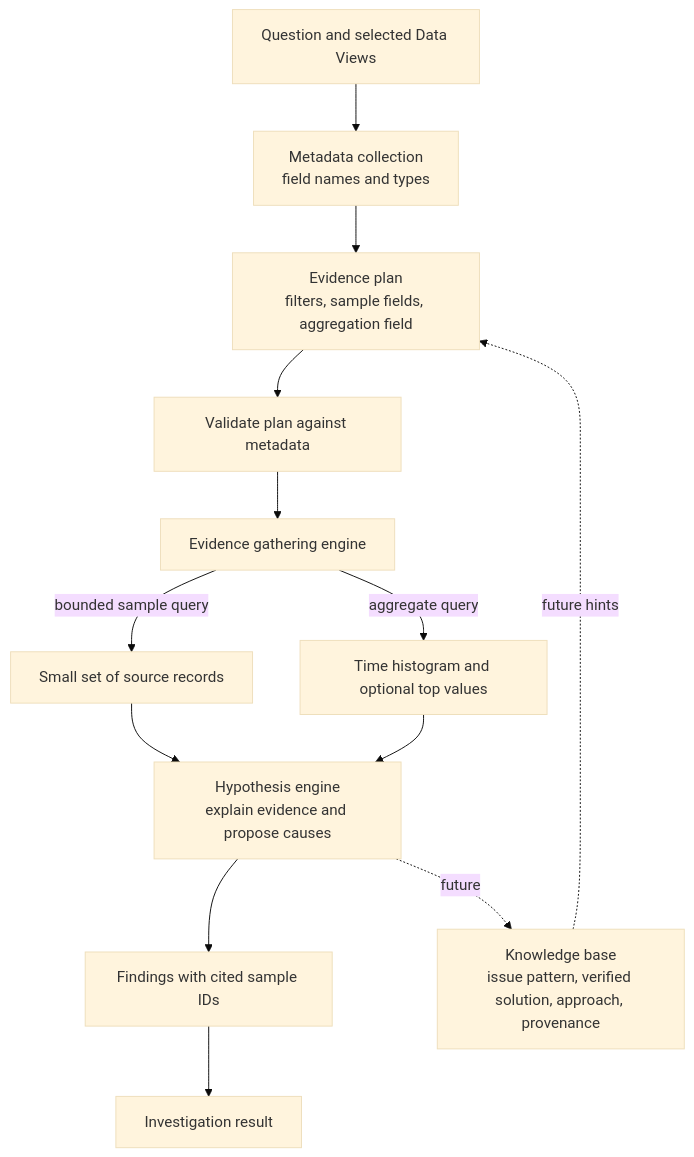
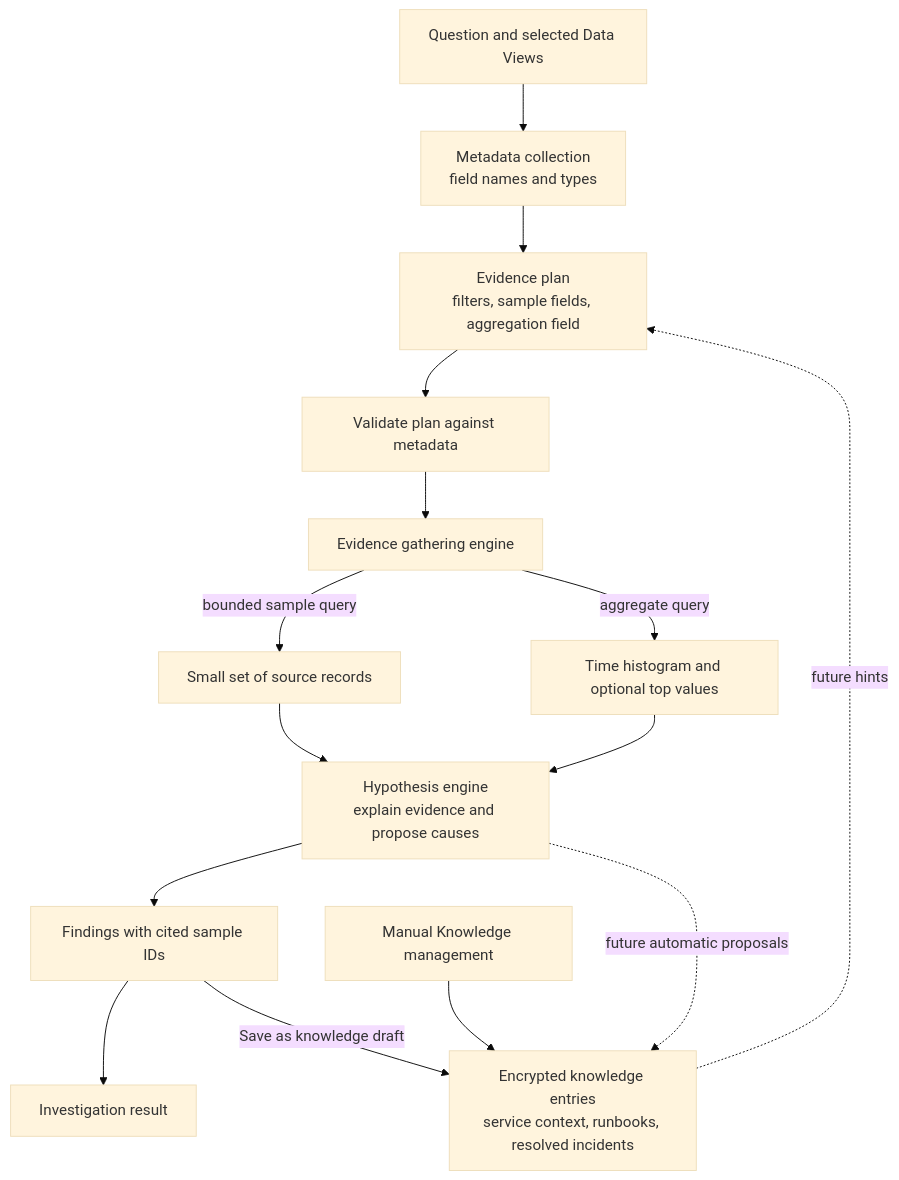
One commit to InvestiGenie/investigenie changed the diagram in docs/investigation-pipeline.md. Above: the diagram before and after it, drawn with Mermaid (base theme). The commit also changed other lines of this file and 29 other files, not shown here.

Commit message:
Add knowledge management and investigation drafts

````diff
--- a/docs/investigation-pipeline.md
+++ b/docs/investigation-pipeline.md
@@ -5,15 +5,17 @@
 ```mermaid
 flowchart TD
     Q[Question and selected Data Views] --> M[Metadata collection<br/>field names and types]
     M --> P[Evidence plan<br/>filters, sample fields, aggregation field]
     P --> V[Validate plan against metadata]
     V --> E[Evidence gathering engine]
     E -->|bounded sample query| S[Small set of source records]
     E -->|aggregate query| A[Time histogram and optional top values]
     S --> H[Hypothesis engine<br/>explain evidence and propose causes]
     A --> H
     H --> R[Findings with cited sample IDs]
     R --> UI[Investigation result]
-    H -. future .-> K[Knowledge base<br/>issue pattern, verified solution, approach, provenance]
+    U[Manual Knowledge management] --> K[Encrypted knowledge entries<br/>service context, runbooks, resolved incidents]
+    R -->|Save as knowledge draft| K
+    H -. future automatic proposals .-> K
     K -. future hints .-> P
 ```
````
